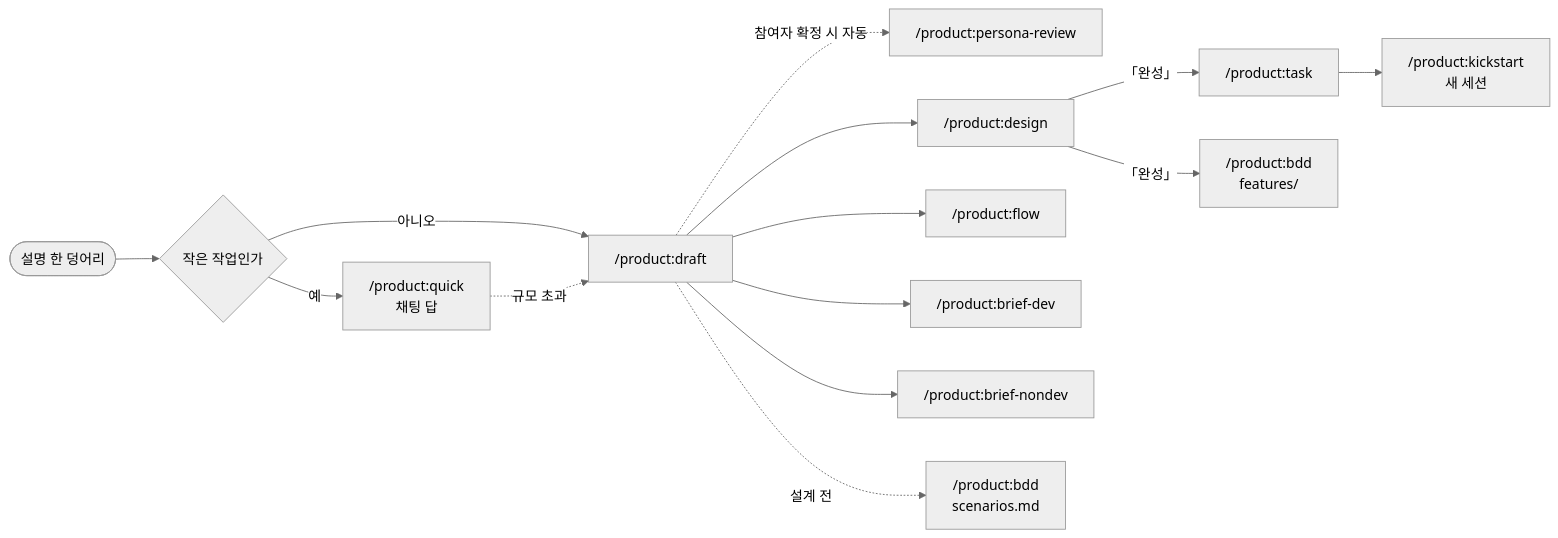
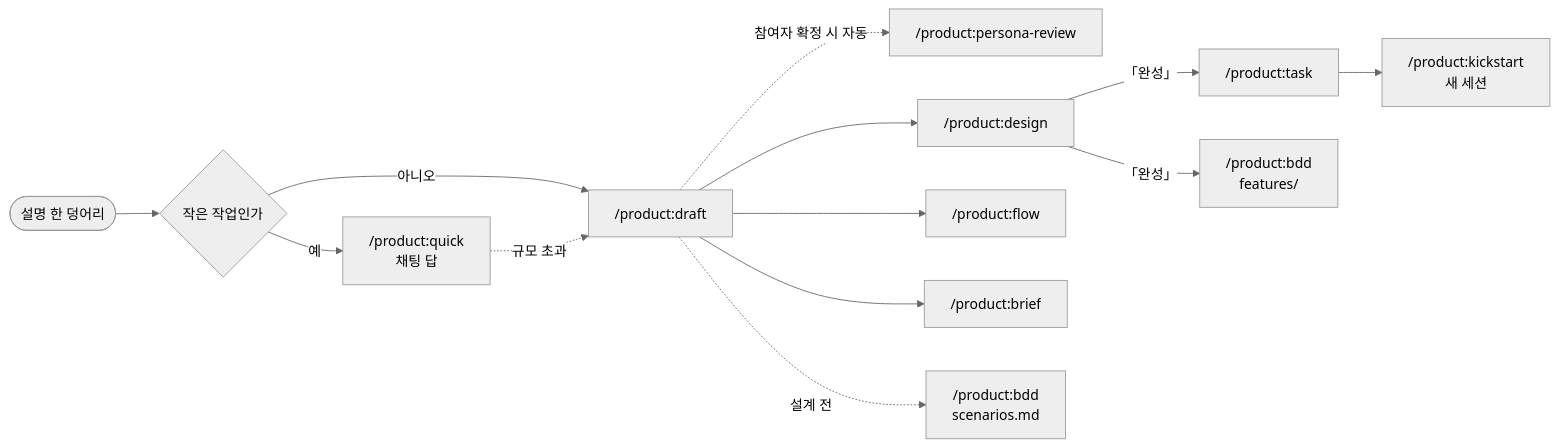
The diagram in plugins/product/WORKFLOW.md (dorage/product-skills), drawn with Mermaid (neutral theme) before and after one commit. The commit also changed other lines of this file and 21 other files, not shown here.

First line of the commit message:
feat(product):brief 하나로 합치고 사람용과 LLM 맥락용으로 나눔

````diff
--- a/plugins/product/WORKFLOW.md
+++ b/plugins/product/WORKFLOW.md
@@ -12,16 +12,15 @@
 ```mermaid
 flowchart LR
     start([설명 한 덩어리]) --> size{작은 작업인가}
     size -- 예 --> quick["/product:quick<br/>채팅 답"]
     size -- 아니오 --> draft["/product:draft"]
     draft -. 참여자 확정 시 자동 .-> review["/product:persona-review"]
     quick -. 규모 초과 .-> draft
     draft --> design["/product:design"]
     draft --> flow["/product:flow"]
-    draft --> bdev["/product:brief-dev"]
-    draft --> bnon["/product:brief-nondev"]
+    draft --> brief["/product:brief"]
     draft -. 설계 전 .-> bddp["/product:bdd<br/>scenarios.md"]
     design -- 「완성」 --> task["/product:task"]
     design -- 「완성」 --> bdd["/product:bdd<br/>features/"]
     task --> kick["/product:kickstart<br/>새 세션"]
 ```
````
